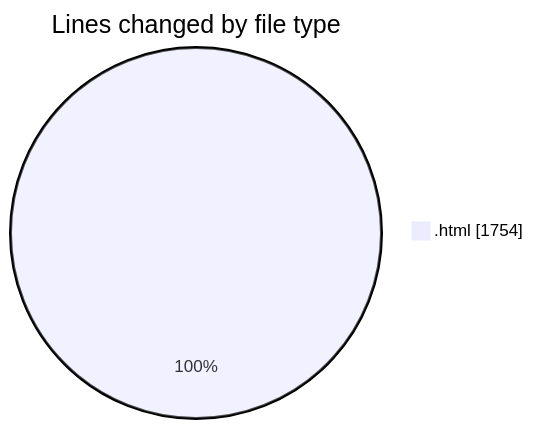
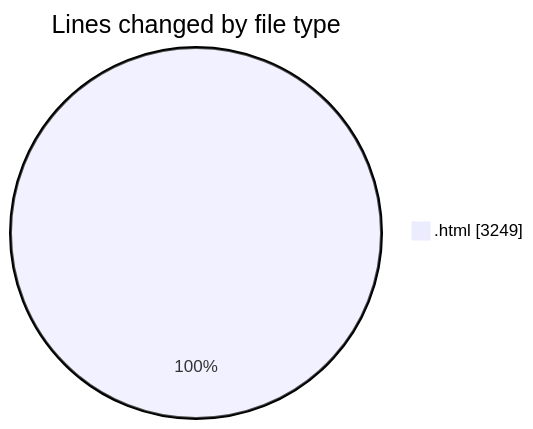
One commit to nxtqubesakshisongat/code-tracking changed the first of 2 diagrams in 2025-08-10/nxtqube_webapp/README.md. Above: the diagram before and after it, drawn with Mermaid. The commit also changed other lines of this file and 1 other file, not shown here.

````diff
--- a/2025-08-10/nxtqube_webapp/README.md
+++ b/2025-08-10/nxtqube_webapp/README.md
@@ -21,5 +21,5 @@
 ```mermaid
 pie showData
 title Lines changed by file type
-".html" : 1754
+".html" : 3249
 ```
````
